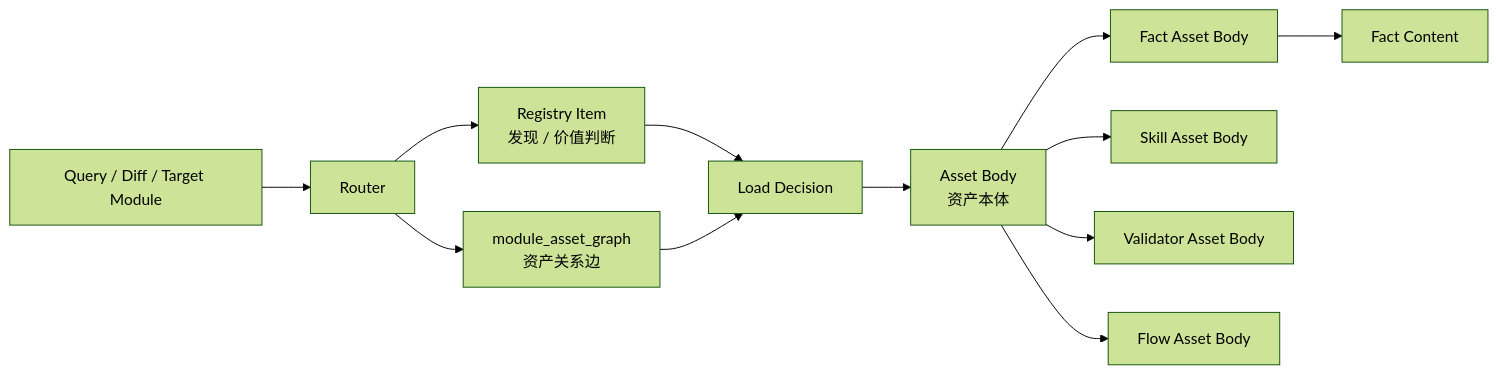
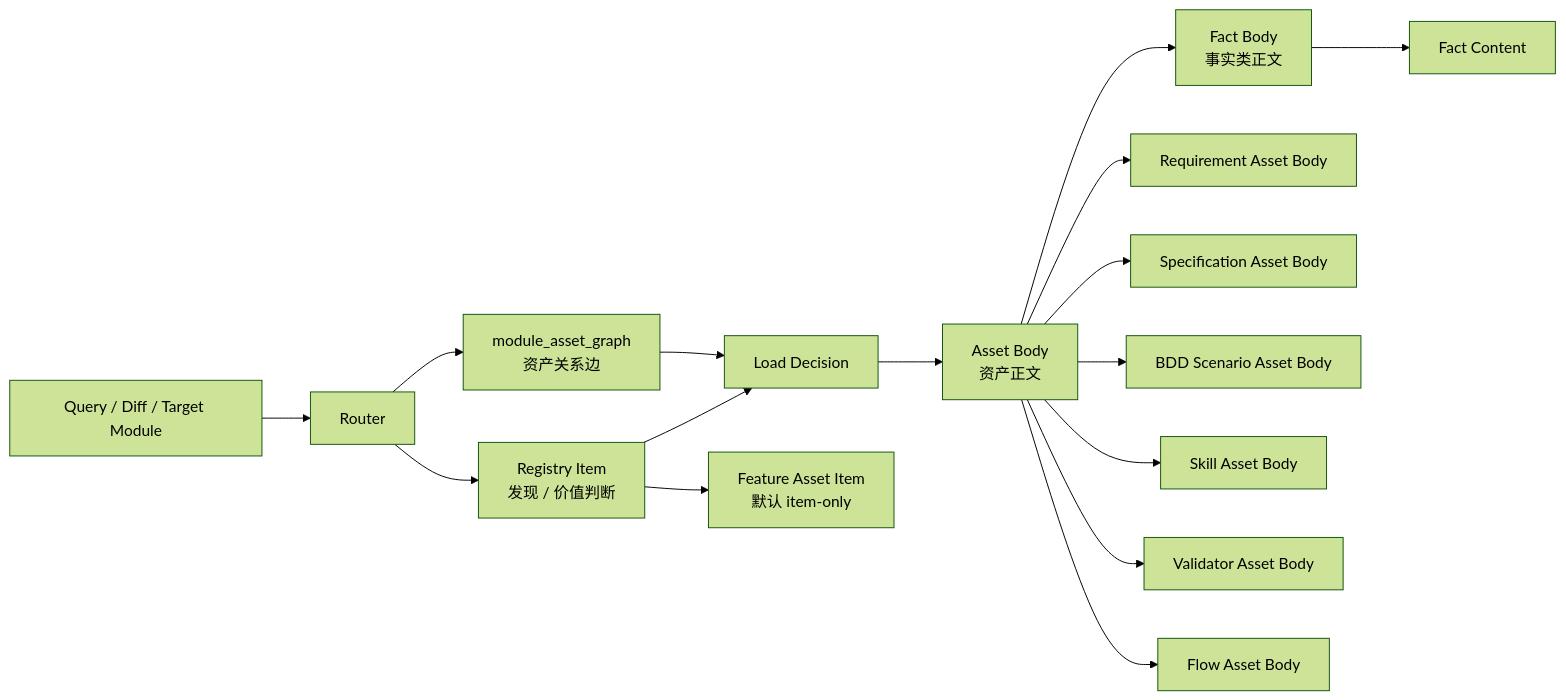
Before and after one commit to daihothot/uconnect: the first of 5 diagrams in docs/uconnect-context-management.zh.md, drawn with Mermaid (forest theme). The commit also changed other lines of this file, not shown here.

First line of the commit message:
enhance(docs): add Specification Asset and BDD Scenario Asset types

````diff
--- a/docs/uconnect-context-management.zh.md
+++ b/docs/uconnect-context-management.zh.md
@@ -48,14 +48,18 @@
 ```mermaid
 flowchart LR
     Query[Query / Diff / Target Module] --> Router[Router]
     Router --> Registry[Registry Item<br/>发现 / 价值判断]
     Router --> Graph[module_asset_graph<br/>资产关系边]
     Registry --> Decision[Load Decision]
     Graph --> Decision
-    Decision --> Body[Asset Body<br/>资产本体]
-    Body --> FactAsset[Fact Asset Body]
+    Decision --> Body[Asset Body<br/>资产正文]
+    Body --> FactAsset[Fact Body<br/>事实类正文]
+    Registry --> FeatureItem[Feature Asset Item<br/>默认 item-only]
+    Body --> RequirementAsset[Requirement Asset Body]
+    Body --> SpecificationAsset[Specification Asset Body]
+    Body --> BddAsset[BDD Scenario Asset Body]
     Body --> SkillAsset[Skill Asset Body]
     Body --> ValidatorAsset[Validator Asset Body]
     Body --> FlowAsset[Flow Asset Body]
     FactAsset --> Fact[Fact Content]
 ```
````
